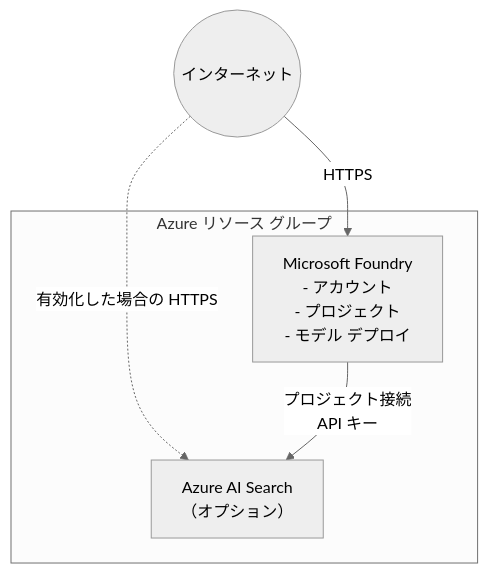
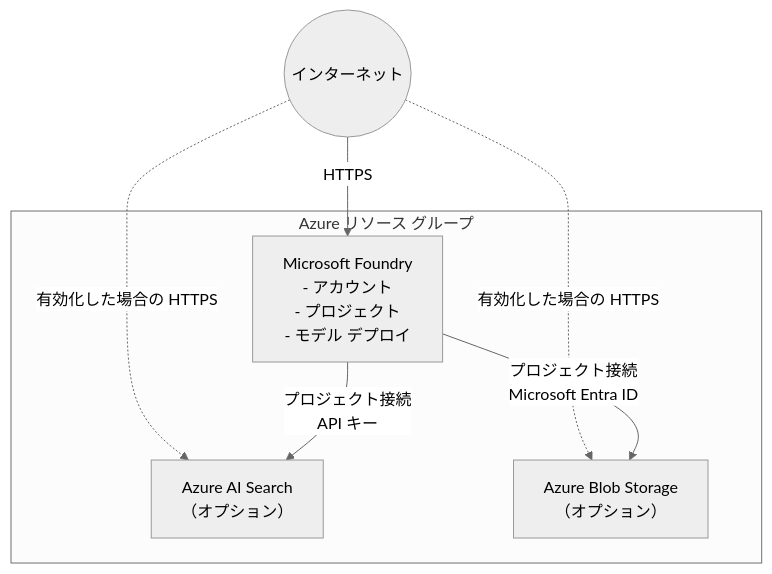
The diagram in infra/scenarios/azure_microsoft_foundry/README.ja.md (ks6088ts/template-terraform), drawn with Mermaid (neutral theme) before and after one commit. The commit also changed other lines of this file and 7 other files, not shown here.

Commit message:
feat: add Azure Blob Storage deployment and connection to Microsoft Foundry project

````diff
--- a/infra/scenarios/azure_microsoft_foundry/README.ja.md
+++ b/infra/scenarios/azure_microsoft_foundry/README.ja.md
@@ -12,13 +13,16 @@
 ```mermaid
 flowchart TB
     Internet((インターネット))
 
     subgraph Azure["Azure リソース グループ"]
         MF["Microsoft Foundry<br/>- アカウント<br/>- プロジェクト<br/>- モデル デプロイ"]
         Search["Azure AI Search<br/>（オプション）"]
+        Storage["Azure Blob Storage<br/>（オプション）"]
     end
 
     Internet -->|HTTPS| MF
     Internet -.->|有効化した場合の HTTPS| Search
+    Internet -.->|有効化した場合の HTTPS| Storage
     MF -->|プロジェクト接続<br/>API キー| Search
+    MF -->|プロジェクト接続<br/>Microsoft Entra ID| Storage
 ```
````
